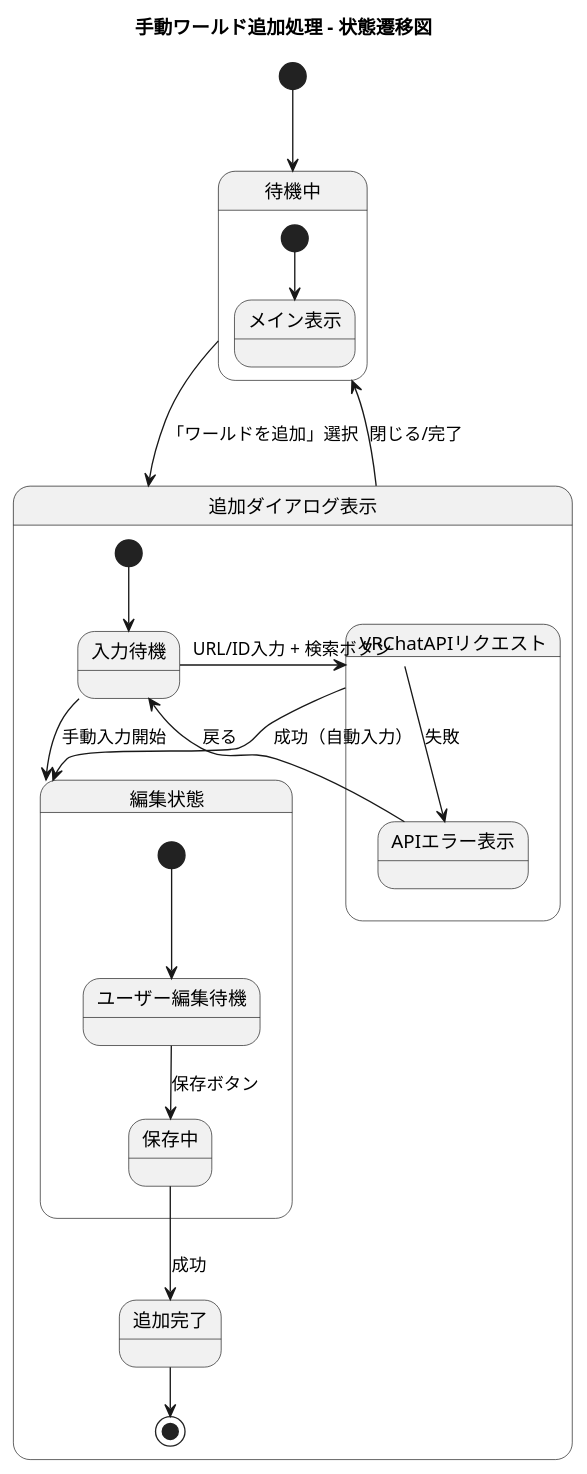
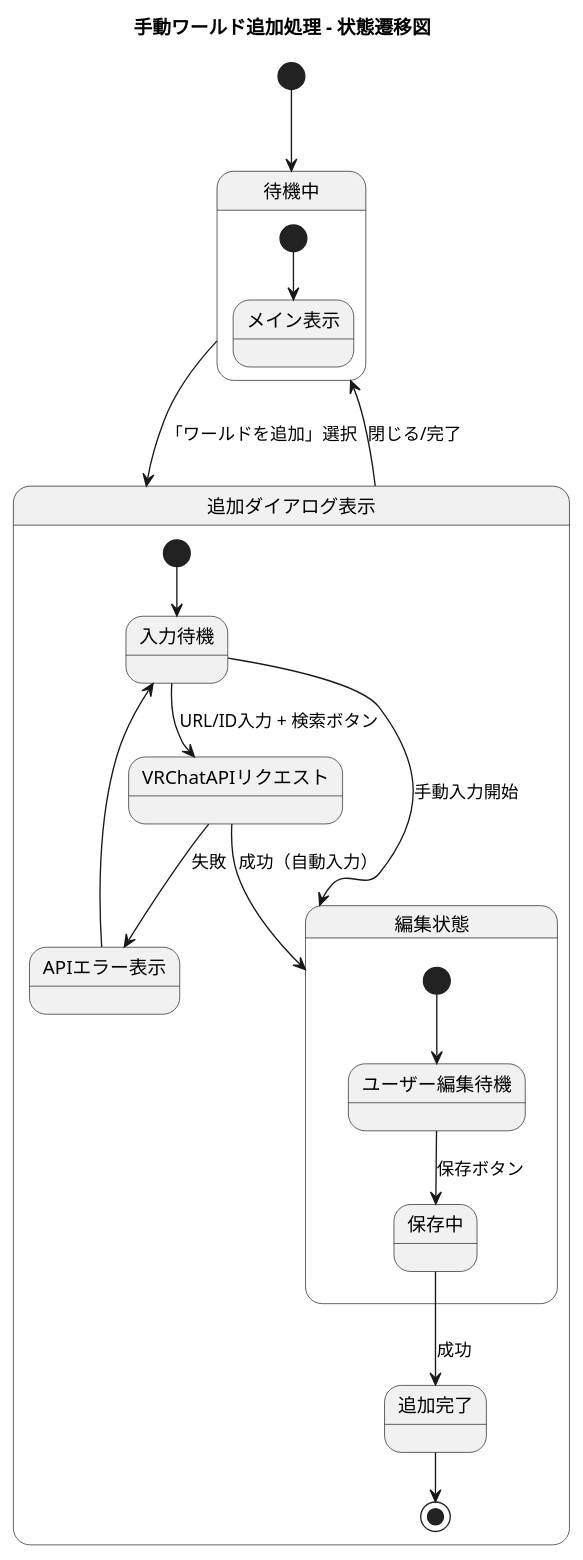
One commit to yamato3010/vrchat-world-manager changed the diagram in docs/state_diagrams/手動ワールド追加状態遷移図.puml. Above: the diagram before and after it, drawn with PlantUML. The commit also changed 2 other files, not shown here.

Commit message:
docs: 📝 状態遷移図を微修正

```diff
--- a/docs/state_diagrams/手動ワールド追加状態遷移図.puml
+++ b/docs/state_diagrams/手動ワールド追加状態遷移図.puml
@@ -1,36 +1,34 @@
 @startuml 手動ワールド追加状態遷移図
 
 title 手動ワールド追加処理 - 状態遷移図
 
 [*] --> 待機中
 
 state 待機中 {
   [*] --> メイン表示
 }
 
 待機中 --> 追加ダイアログ表示 : 「ワールドを追加」選択
 
 state 追加ダイアログ表示 {
   [*] --> 入力待機
   
   入力待機 --> VRChatAPIリクエスト : URL/ID入力 + 検索ボタン
   入力待機 --> 編集状態 : 手動入力開始
   
-  state VRChatAPIリクエスト {
-    VRChatAPIリクエスト --> 編集状態 : 成功（自動入力）
-    VRChatAPIリクエスト --> APIエラー表示 : 失敗
-  }
+  VRChatAPIリクエスト --> 編集状態 : 成功（自動入力）
+  VRChatAPIリクエスト --> APIエラー表示 : 失敗
   
-  APIエラー表示 --> 入力待機 : 戻る
+  APIエラー表示 --> 入力待機
   
   state 編集状態 {
     [*] --> ユーザー編集待機
     ユーザー編集待機 --> 保存中 : 保存ボタン
   }
   
   保存中 --> 追加完了 : 成功
   追加完了 --> [*]
 }
 
 追加ダイアログ表示 --> 待機中 : 閉じる/完了
 @enduml
```
